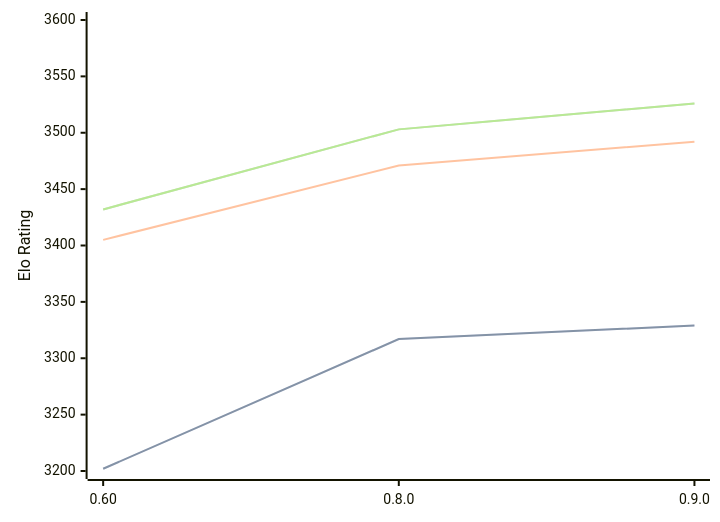
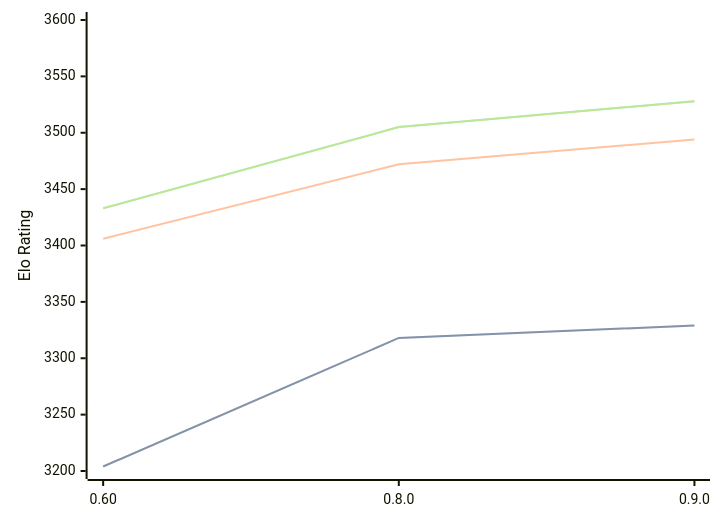
One commit to computer-chess-index/cci changed the diagram in engines/Motor.md. Above: the diagram before and after it, drawn with Mermaid. The commit also changed other lines of this file, not shown here.

Commit message:
Update CCI Ratings (ELO VLTC) - 2026-08-19

````diff
--- a/engines/Motor.md
+++ b/engines/Motor.md
@@ -33,11 +33,11 @@
 ```mermaid
 %%{init: {"theme":"base","themeVariables":{"seriesColors:['#a3a3a3','#222221','#faa371']}}}%%
 xychart-beta
   x-axis ["0.60", "0.8.0", "0.9.0"]
   y-axis "Elo Rating" 3200 --> 3600
-  line "STC (8.0+0.08s)" [3202, 3317, 3329]
-  line "STC (8.0+0.08s)" [3202, 3317, 3329]
-  line "LTC (60.0+0.60s)" [3405, 3471, 3492]
-  line "VLTC (2m24s+1.12s)" [3432, 3503, 3526]
-  line "VLTC (2m24s+1.12s)" [3432, 3503, 3526]
+  line "STC (8.0+0.08s)" [3204, 3318, 3329]
+  line "STC (8.0+0.08s)" [3204, 3318, 3329]
+  line "LTC (60.0+0.60s)" [3406, 3472, 3494]
+  line "VLTC (2m24s+1.12s)" [3433, 3505, 3528]
+  line "VLTC (2m24s+1.12s)" [3433, 3505, 3528]
 ```
````
